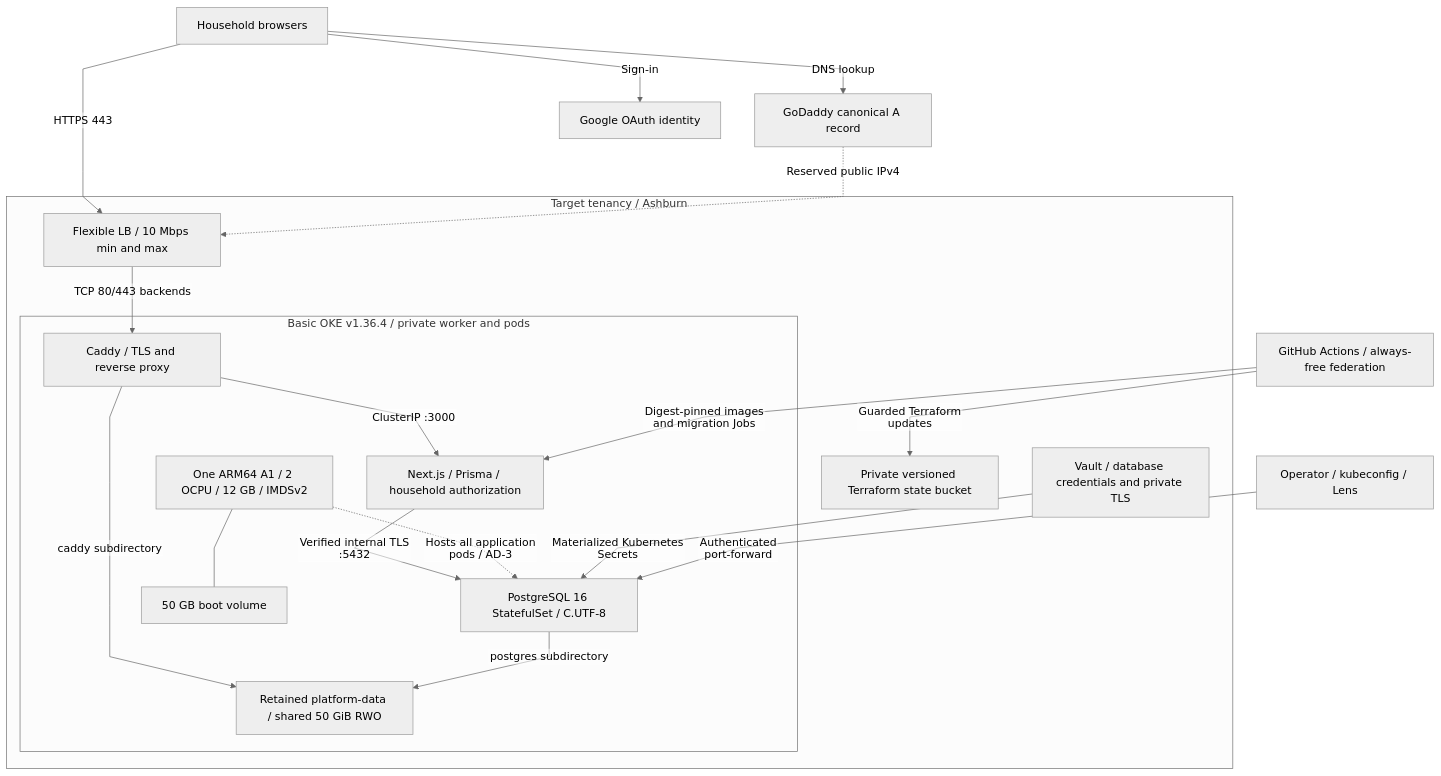
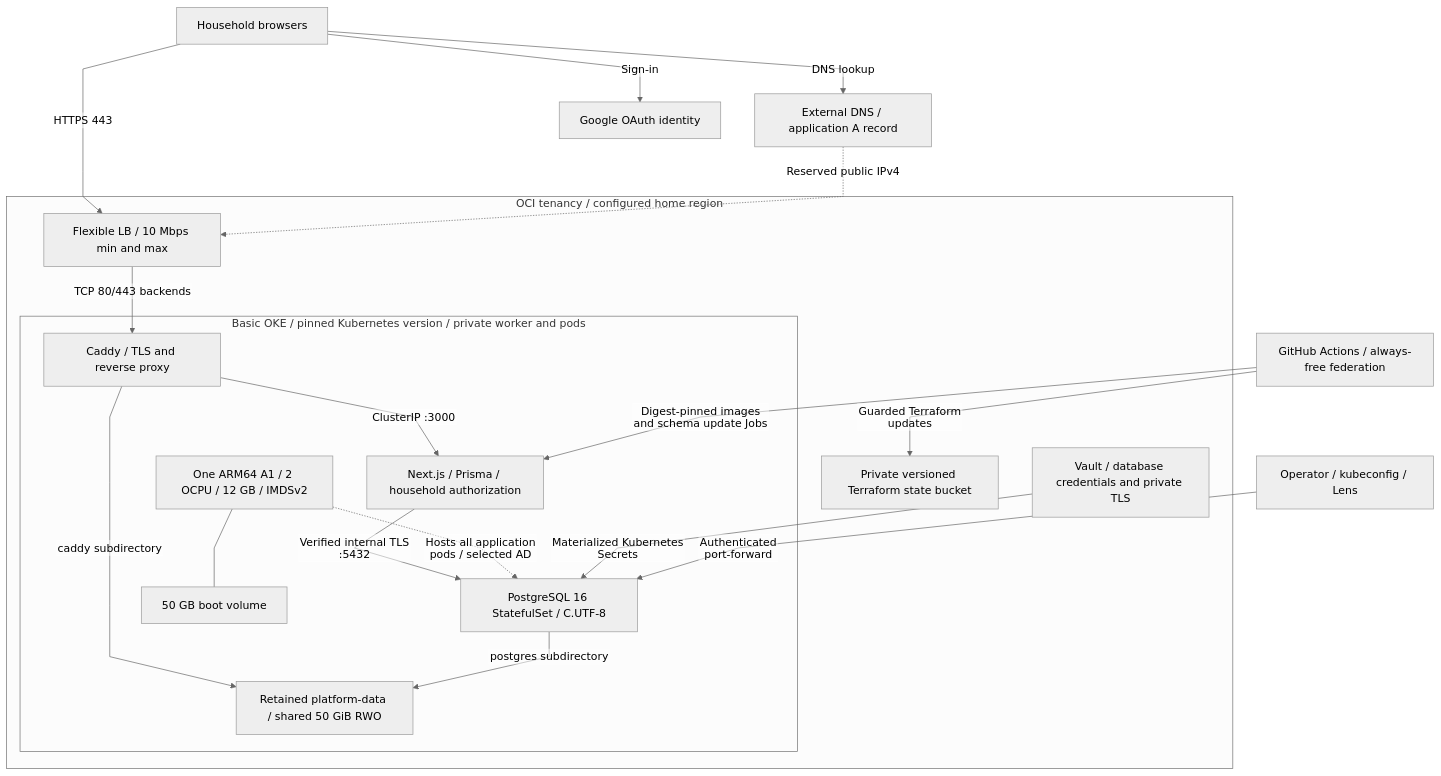
Before and after one commit to eshneken/family-grocery-list: the diagram in diagrams/oci-logical-architecture.mmd, drawn with Mermaid. The commit also changed 43 other files, not shown here.

```diff
--- a/diagrams/oci-logical-architecture.mmd
+++ b/diagrams/oci-logical-architecture.mmd
@@ -1,25 +1,25 @@
 %%{init: {"theme": "neutral", "flowchart": {"htmlLabels": false, "curve": "linear"}}}%%
 flowchart TD
-  Browser[Household browsers] -->|DNS lookup| DNS[GoDaddy canonical A record]
+  Browser[Household browsers] -->|DNS lookup| DNS[External DNS / application A record]
   Browser -->|HTTPS 443| LB[Flexible LB / 10 Mbps min and max]
   DNS -.->|Reserved public IPv4| LB
-  subgraph OCI[Target tenancy / Ashburn]
+  subgraph OCI[OCI tenancy / configured home region]
     LB -->|TCP 80/443 backends| Caddy
-    subgraph OKE[Basic OKE v1.36.4 / private worker and pods]
+    subgraph OKE[Basic OKE / pinned Kubernetes version / private worker and pods]
       Worker[One ARM64 A1 / 2 OCPU / 12 GB / IMDSv2]
       Caddy[Caddy / TLS and reverse proxy]
       Caddy -->|ClusterIP :3000| App[Next.js / Prisma / household authorization]
       App -->|Verified internal TLS :5432| PG[PostgreSQL 16 StatefulSet / C.UTF-8]
       Caddy -->|caddy subdirectory| PVC[Retained platform-data / shared 50 GiB RWO]
       PG -->|postgres subdirectory| PVC
-      Worker -.->|Hosts all application pods / AD-3| PG
+      Worker -.->|Hosts all application pods / selected AD| PG
       Worker --- Boot[50 GB boot volume]
     end
     Vault[Vault / database credentials and private TLS]
     Vault -->|Materialized Kubernetes Secrets| PG
     State[Private versioned Terraform state bucket]
   end
-  GHA[GitHub Actions / always-free federation] -->|Digest-pinned images and migration Jobs| App
+  GHA[GitHub Actions / always-free federation] -->|Digest-pinned images and schema update Jobs| App
   GHA -->|Guarded Terraform updates| State
   Operator[Operator / kubeconfig / Lens] -->|Authenticated port-forward| PG
   Browser -->|Sign-in| Google[Google OAuth identity]
```
